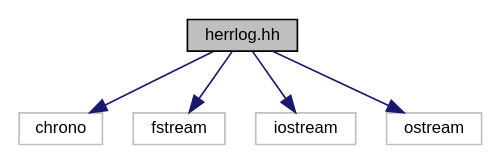
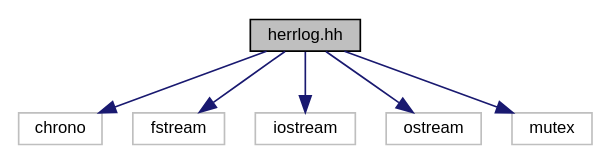
One commit to Saphereye/herr-log changed the diagram in docs/herrlog_8hh__incl.dot. Above: the diagram before and after it, drawn with Graphviz. The commit also changed 4 other files, not shown here.

```diff
--- a/docs/herrlog_8hh__incl.dot
+++ b/docs/herrlog_8hh__incl.dot
@@ -1,15 +1,17 @@
 digraph "herrlog.hh"
 {
  // LATEX_PDF_SIZE
   edge [fontname="Helvetica",fontsize="10",labelfontname="Helvetica",labelfontsize="10"];
   node [fontname="Helvetica",fontsize="10",shape=record];
   Node1 [label="herrlog.hh",height=0.2,width=0.4,color="black", fillcolor="grey75", style="filled", fontcolor="black",tooltip="Header file only logging library."];
   Node1 -> Node2 [color="midnightblue",fontsize="10",style="solid",fontname="Helvetica"];
   Node2 [label="chrono",height=0.2,width=0.4,color="grey75", fillcolor="white", style="filled",tooltip=" "];
   Node1 -> Node3 [color="midnightblue",fontsize="10",style="solid",fontname="Helvetica"];
   Node3 [label="fstream",height=0.2,width=0.4,color="grey75", fillcolor="white", style="filled",tooltip=" "];
   Node1 -> Node4 [color="midnightblue",fontsize="10",style="solid",fontname="Helvetica"];
   Node4 [label="iostream",height=0.2,width=0.4,color="grey75", fillcolor="white", style="filled",tooltip=" "];
   Node1 -> Node5 [color="midnightblue",fontsize="10",style="solid",fontname="Helvetica"];
   Node5 [label="ostream",height=0.2,width=0.4,color="grey75", fillcolor="white", style="filled",tooltip=" "];
+  Node1 -> Node6 [color="midnightblue",fontsize="10",style="solid",fontname="Helvetica"];
+  Node6 [label="mutex",height=0.2,width=0.4,color="grey75", fillcolor="white", style="filled",tooltip=" "];
 }
```
